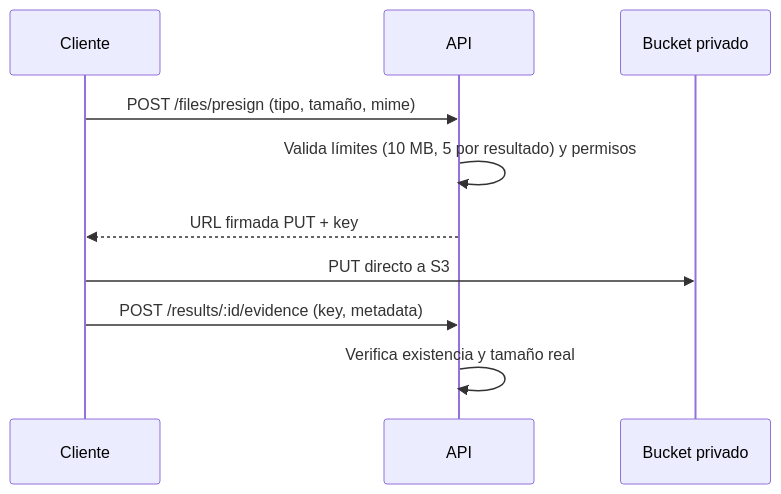
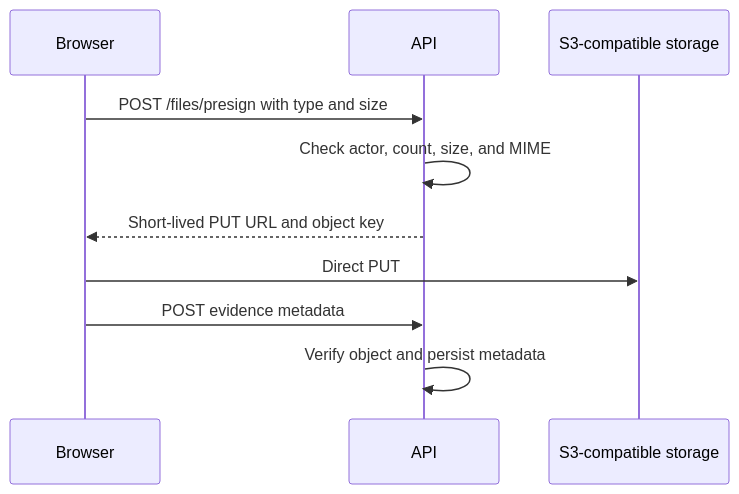
One commit to Dieguezar/opentournament changed the diagram in docs/STORAGE_STRATEGY.md. Above: the diagram before and after it, drawn with Mermaid. The commit also changed other lines of this file and 16 other files, not shown here.

Commit message:
docs(architecture): align English technical reference

````diff
--- a/docs/STORAGE_STRATEGY.md
+++ b/docs/STORAGE_STRATEGY.md
@@ -23,12 +25,12 @@
 ```mermaid
 sequenceDiagram
-  participant C as Cliente
-  participant API as API
-  participant S as Bucket privado
-  C->>API: POST /files/presign (tipo, tamaño, mime)
-  API->>API: Valida límites (10 MB, 5 por resultado) y permisos
-  API-->>C: URL firmada PUT + key
-  C->>S: PUT directo a S3
-  C->>API: POST /results/:id/evidence (key, metadata)
-  API->>API: Verifica existencia y tamaño real
+  participant C as Browser
+  participant A as API
+  participant S as S3-compatible storage
+  C->>A: POST /files/presign with type and size
+  A->>A: Check actor, count, size, and MIME
+  A-->>C: Short-lived PUT URL and object key
+  C->>S: Direct PUT
+  C->>A: POST evidence metadata
+  A->>A: Verify object and persist metadata
 ```
````
